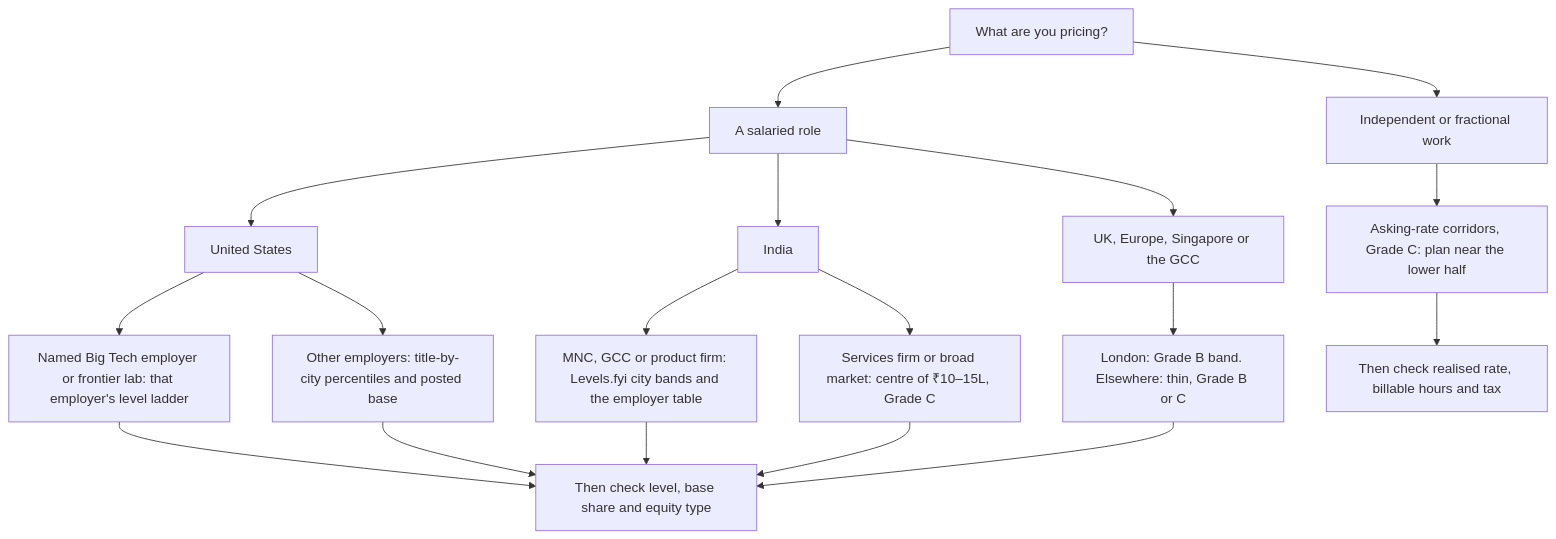
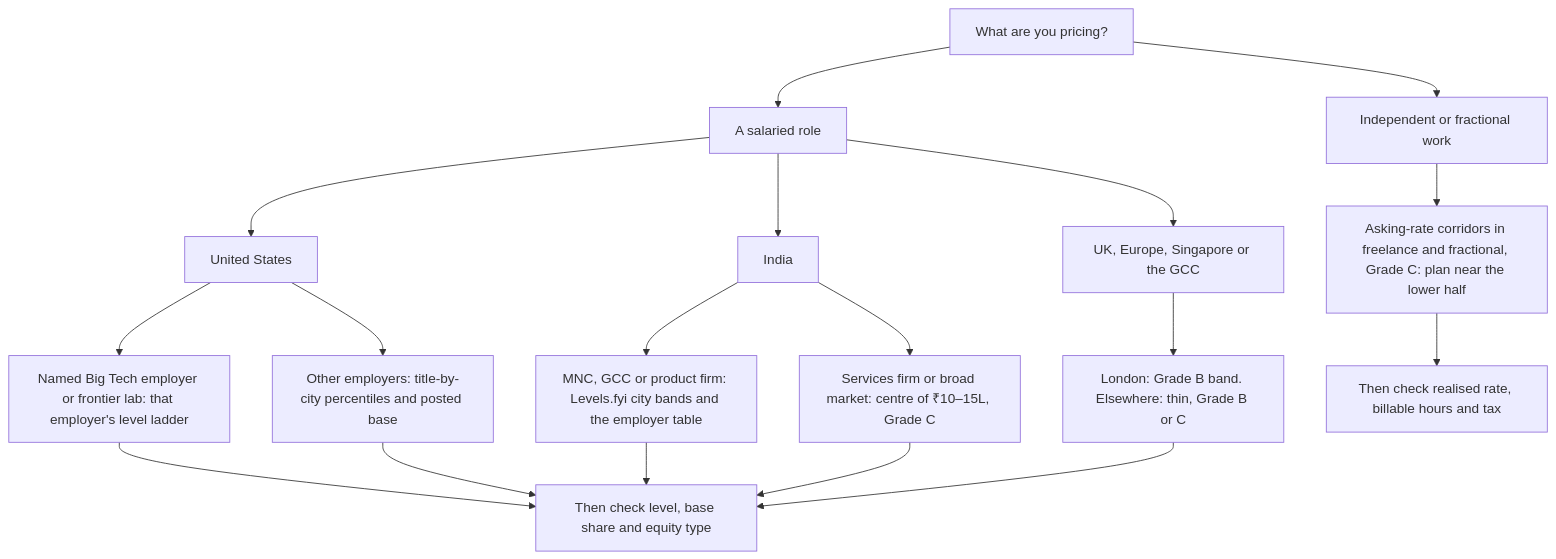
One commit to bhaskarjha-dev/genai-career changed the diagram in career/09-compensation/pay-benchmarks.md. Above: the diagram before and after it, drawn with Mermaid. The commit also changed other lines of this file and 12 other files, not shown here.

````diff
--- a/career/09-compensation/pay-benchmarks.md
+++ b/career/09-compensation/pay-benchmarks.md
@@ -37,20 +45,20 @@
 ```mermaid
 flowchart TD
     Q["What are you pricing?"] --> SAL["A salaried role"]
     Q --> IND["Independent or fractional work"]
     SAL --> US["United States"]
     SAL --> IN["India"]
     SAL --> OT["UK, Europe, Singapore or the GCC"]
     US --> US1["Named Big Tech employer or frontier lab: that employer's level ladder"]
     US --> US2["Other employers: title-by-city percentiles and posted base"]
     IN --> IN1["MNC, GCC or product firm: Levels.fyi city bands and the employer table"]
     IN --> IN2["Services firm or broad market: centre of ₹10–15L, Grade C"]
     OT --> OT1["London: Grade B band. Elsewhere: thin, Grade B or C"]
-    IND --> IND1["Asking-rate corridors, Grade C: plan near the lower half"]
+    IND --> IND1["Asking-rate corridors in freelance and fractional, Grade C: plan near the lower half"]
     US1 --> CHK["Then check level, base share and equity type"]
     US2 --> CHK
     IN1 --> CHK
     IN2 --> CHK
     OT1 --> CHK
     IND1 --> CHK2["Then check realised rate, billable hours and tax"]
 ```
````
